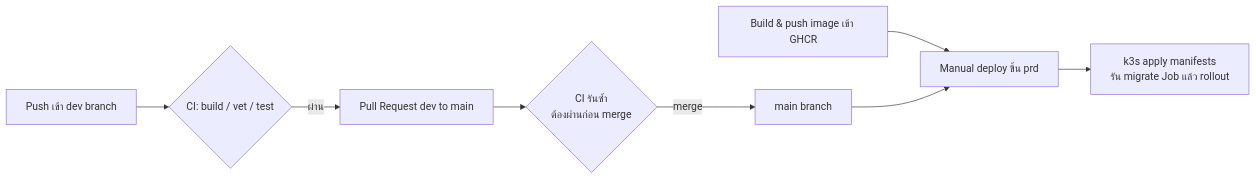
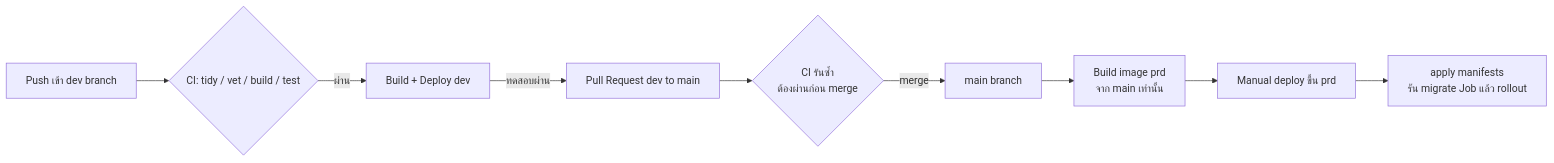
The second of 2 diagrams in README.md (thanutgit/DevOpsMiniProject), drawn with Mermaid before and after one commit. The commit also changed other lines of this file, not shown here.

````diff
--- a/README.md
+++ b/README.md
@@ -65,10 +76,11 @@
 ```mermaid
 flowchart LR
-    Dev[Push เข้า dev branch] --> CI{CI: build / vet / test}
-    CI -->|ผ่าน| PR[Pull Request dev to main]
+    Dev[Push เข้า dev branch] --> CI{CI: tidy / vet / build / test}
+    CI -->|ผ่าน| DevDeploy[Build + Deploy dev]
+    DevDeploy -->|ทดสอบผ่าน| PR[Pull Request dev to main]
     PR --> CI2{CI รันซ้ำ<br/>ต้องผ่านก่อน merge}
     CI2 -->|merge| Main[main branch]
-    Build[Build & push image เข้า GHCR] --> Deploy
-    Main --> Deploy[Manual deploy ขึ้น prd]
-    Deploy --> K8s[k3s apply manifests<br/>รัน migrate Job แล้ว rollout]
+    Main --> Build[Build image prd<br/>จาก main เท่านั้น]
+    Build --> Deploy[Manual deploy ขึ้น prd]
+    Deploy --> K8s[apply manifests<br/>รัน migrate Job แล้ว rollout]
 ```
````
